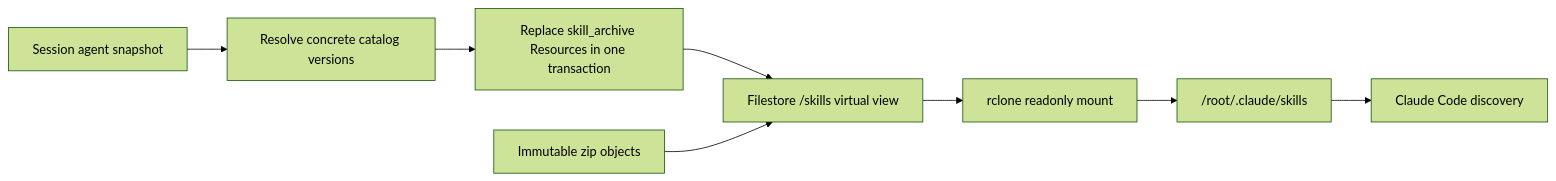
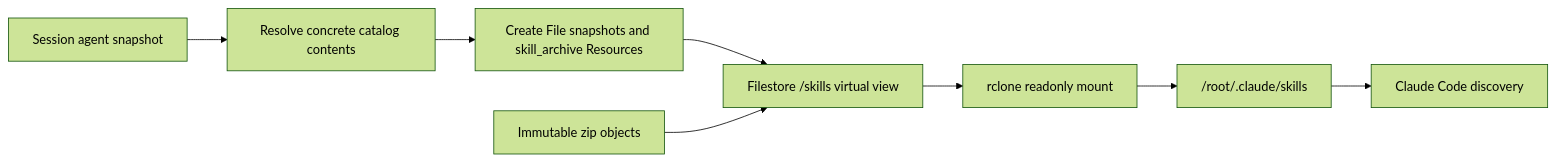
The diagram in docs/design/be/managed-agent-skills-runtime.md (superduck-ai/open-managed-agents), drawn with Mermaid (forest theme) before and after one commit. The commit also changed other lines of this file and 19 other files, not shown here.

Commit message:
refactor: snapshot session skills as files

````diff
--- a/docs/design/be/managed-agent-skills-runtime.md
+++ b/docs/design/be/managed-agent-skills-runtime.md
@@ -40,10 +41,10 @@
 ```mermaid
 flowchart LR
-    A["Session agent snapshot"] --> B["Resolve concrete catalog versions"]
-    B --> C["Replace skill_archive Resources in one transaction"]
+    A["Session agent snapshot"] --> B["Resolve concrete catalog contents"]
+    B --> C["Create File snapshots and skill_archive Resources"]
     C --> D["Filestore /skills virtual view"]
     E["Immutable zip objects"] --> D
     D --> F["rclone readonly mount"]
     F --> G["/root/.claude/skills"]
     G --> H["Claude Code discovery"]
 ```
````
